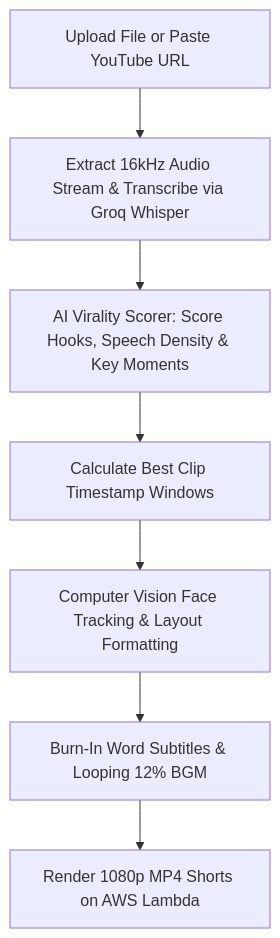
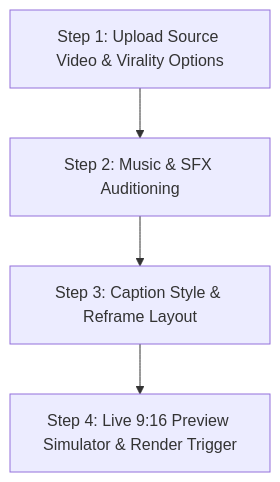
Before and after one commit to itnavideo/itnavideo: the diagram in docs/video-types/longvideoclips.md, drawn with Mermaid. The commit also changed other lines of this file and 125 other files, not shown here.

````diff
--- a/docs/video-types/longvideoclips.md
+++ b/docs/video-types/longvideoclips.md
@@ -66,9 +68,6 @@
 ```mermaid
 graph TD
-    A[Upload File or Paste YouTube URL] --> B[Extract 16kHz Audio Stream & Transcribe via Groq Whisper]
-    B --> C[AI Virality Scorer: Score Hooks, Speech Density & Key Moments]
-    C --> D[Calculate Best Clip Timestamp Windows]
-    D --> E[Computer Vision Face Tracking & Layout Formatting]
-    E --> F[Burn-In Word Subtitles & Looping 12% BGM]
-    F --> G[Render 1080p MP4 Shorts on AWS Lambda]
+    A[Step 1: Upload Source Video & Virality Options] --> B[Step 2: Music & SFX Auditioning]
+    B --> C[Step 3: Caption Style & Reframe Layout]
+    C --> D[Step 4: Live 9:16 Preview Simulator & Render Trigger]
 ```
````
